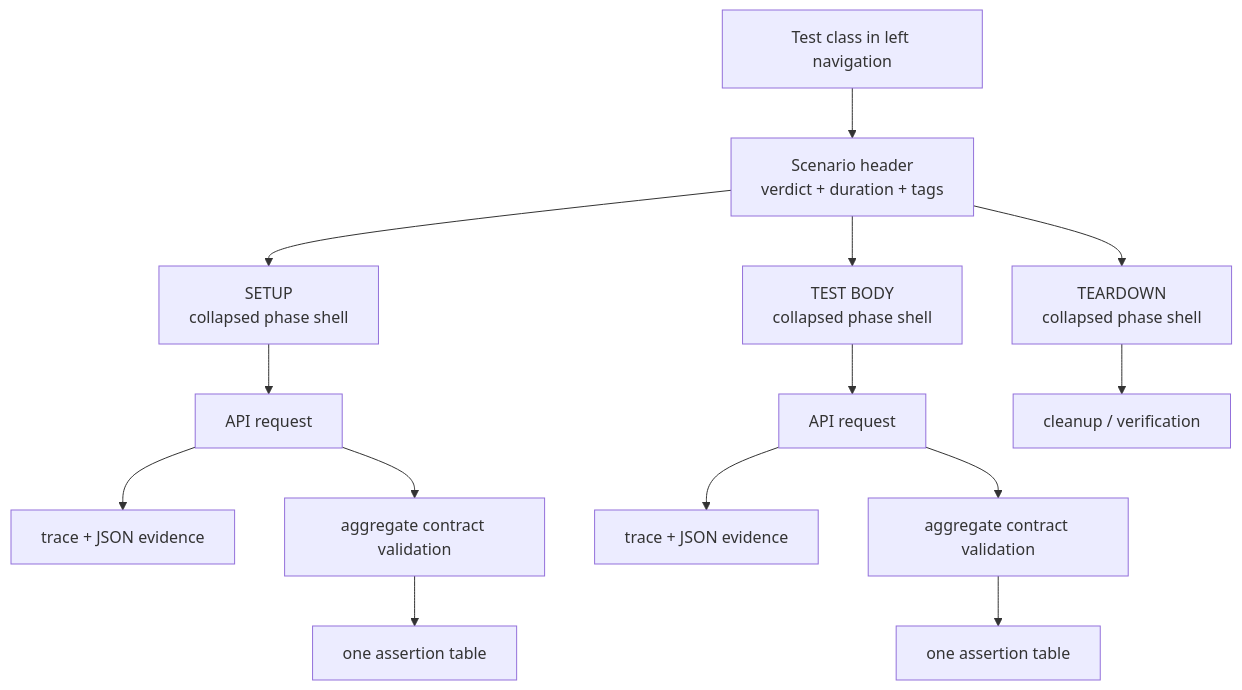
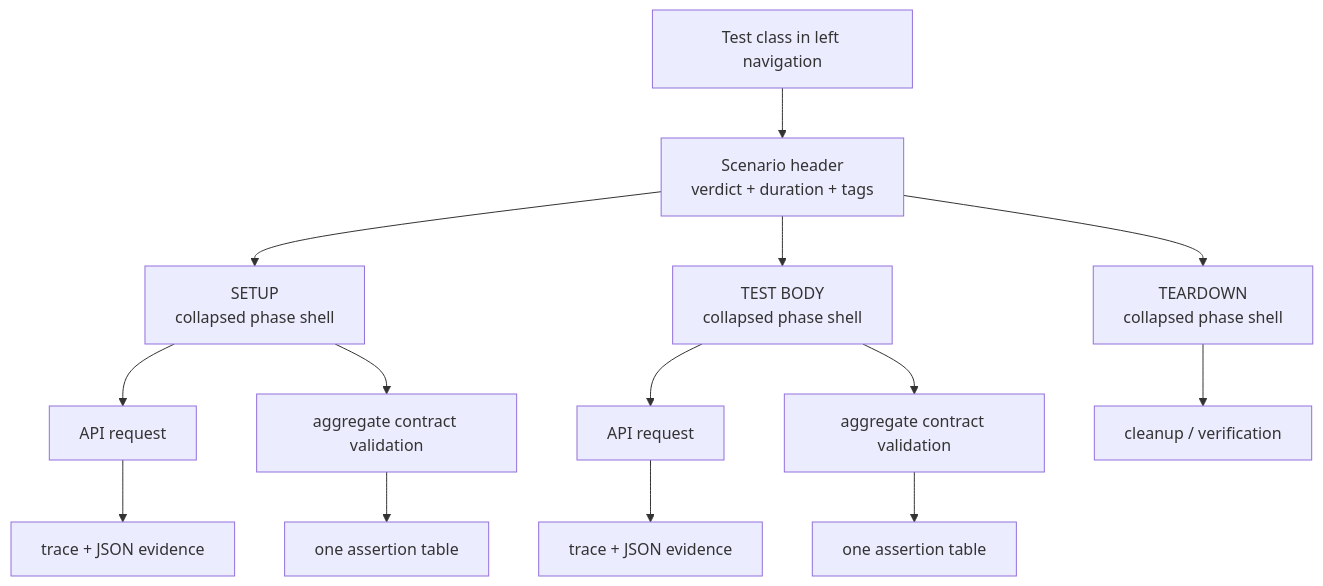
Before and after one commit to crististefanita/CS1: the fifth of 8 diagrams in docs/ATF_Architecture.md, drawn with Mermaid. The commit also changed other lines of this file and 26 other files, not shown here.

````diff
--- a/docs/ATF_Architecture.md
+++ b/docs/ATF_Architecture.md
@@ -143,16 +143,16 @@
 ```mermaid
 flowchart TD
     Class[Test class in left navigation] --> Scenario[Scenario header\nverdict + duration + tags]
     Scenario --> Setup[SETUP\ncollapsed phase shell]
     Scenario --> Body[TEST BODY\ncollapsed phase shell]
     Scenario --> Teardown[TEARDOWN\ncollapsed phase shell]
     Setup --> SetupRequest[API request]
     SetupRequest --> SetupTrace[trace + JSON evidence]
-    SetupRequest --> SetupValidation[aggregate contract validation]
+    Setup --> SetupValidation[aggregate contract validation]
     SetupValidation --> SetupTable[one assertion table]
     Body --> BodyRequest[API request]
     BodyRequest --> BodyTrace[trace + JSON evidence]
-    BodyRequest --> BodyValidation[aggregate contract validation]
+    Body --> BodyValidation[aggregate contract validation]
     BodyValidation --> BodyTable[one assertion table]
     Teardown --> Cleanup[cleanup / verification]
 ```
````
